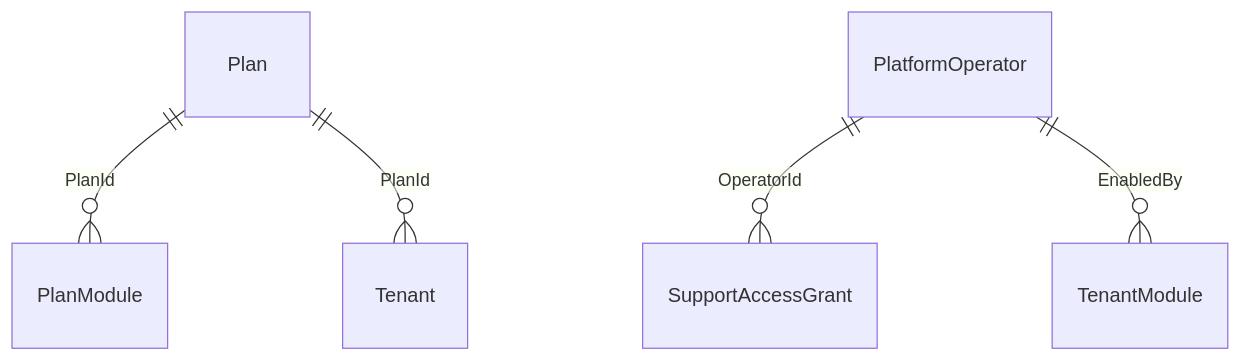
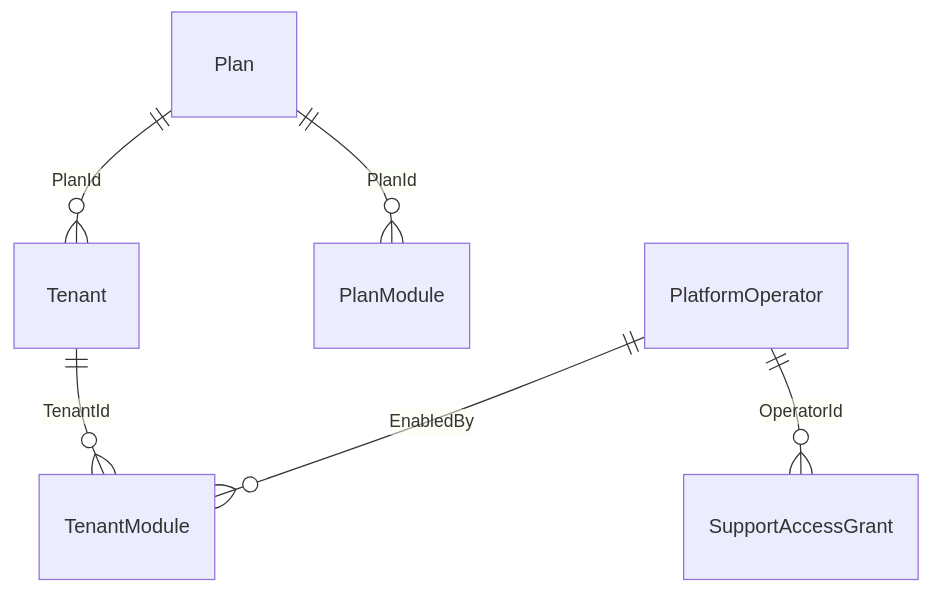
Before and after one commit to thawrasy/smartlines: the first of 20 diagrams in treasury-platform/docs/22-erd-by-schema.md, drawn with Mermaid. The commit also changed other lines of this file and 80 other files, not shown here.

````diff
--- a/treasury-platform/docs/22-erd-by-schema.md
+++ b/treasury-platform/docs/22-erd-by-schema.md
@@ -7,7 +7,8 @@
 ```mermaid
 erDiagram
   Plan ||--o{ PlanModule : "PlanId"
   Plan ||--o{ Tenant : "PlanId"
   PlatformOperator ||--o{ SupportAccessGrant : "OperatorId"
   PlatformOperator ||--o{ TenantModule : "EnabledBy"
+  Tenant ||--o{ TenantModule : "TenantId"
 ```
````
